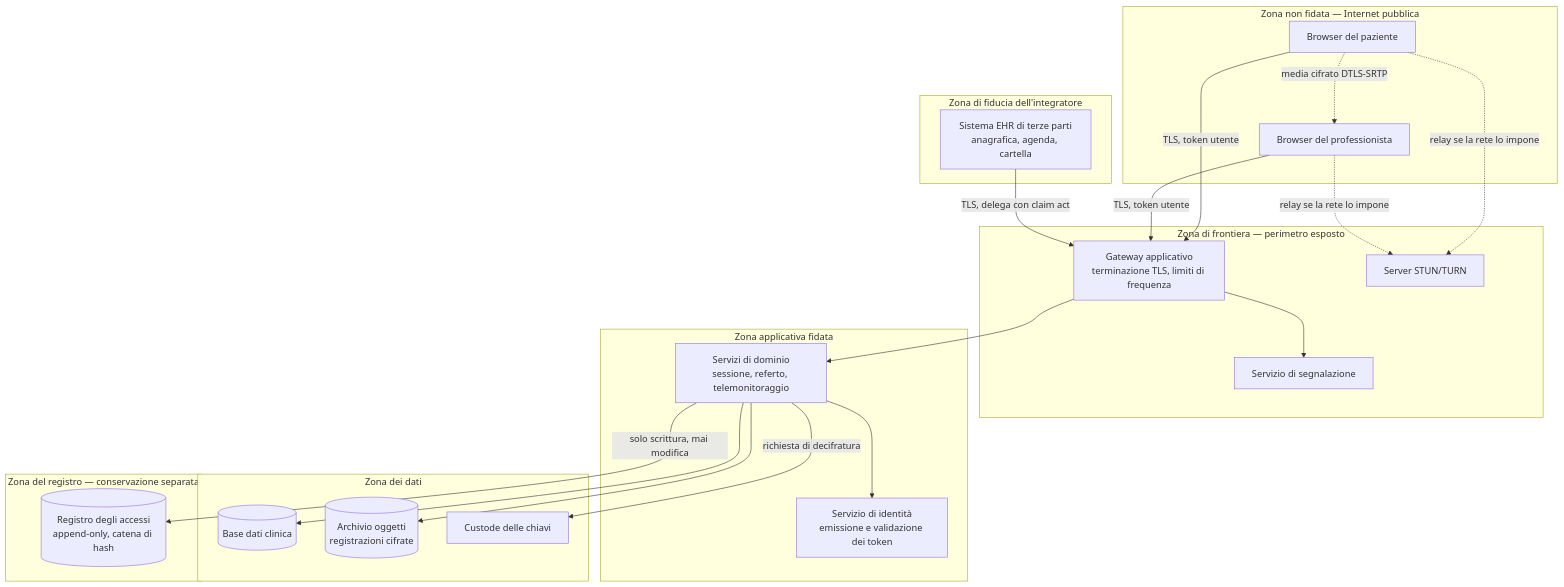
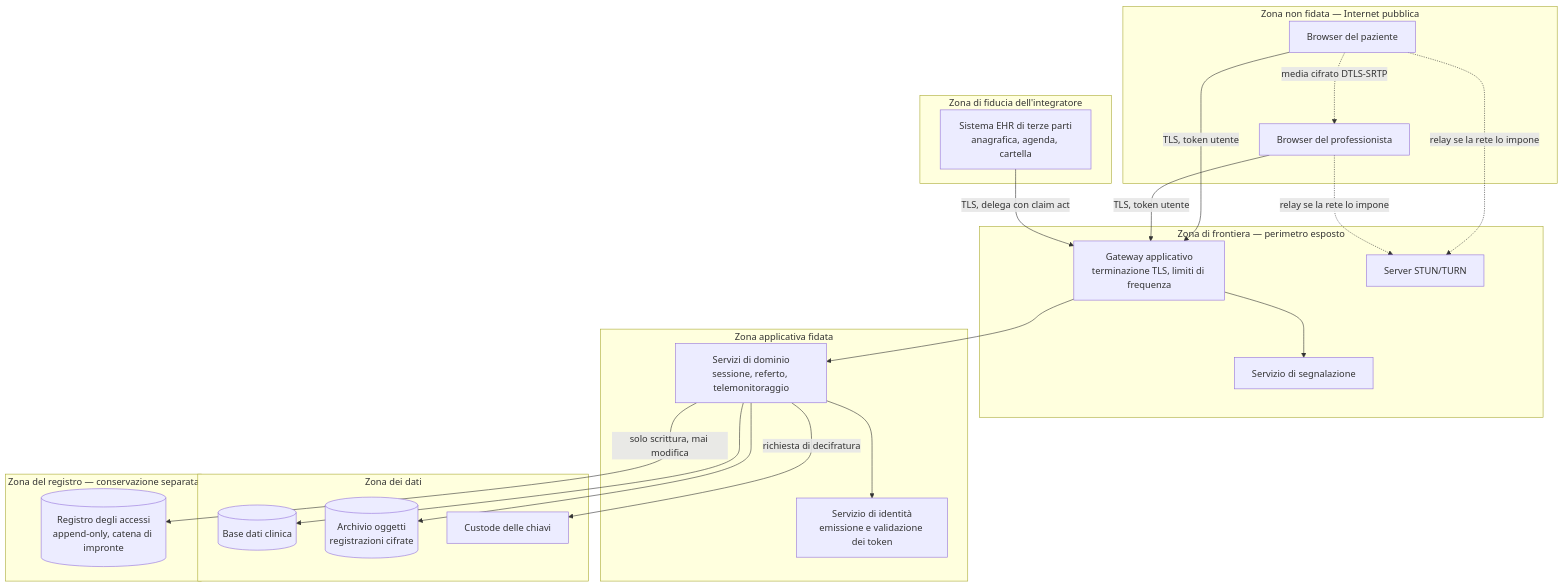
Before and after one commit to fedcal/Telemedic: the first of 5 diagrams in docs/10_fondamenti/12-crittografia-e-sicurezza.md, drawn with Mermaid. The commit also changed other lines of this file and 58 other files, not shown here.

First line of the commit message:
docs: glossario, roadmap sotto D53, conformità allineata, inglese su due aree

````diff
--- a/docs/10_fondamenti/12-crittografia-e-sicurezza.md
+++ b/docs/10_fondamenti/12-crittografia-e-sicurezza.md
@@ -495,46 +495,46 @@
 ```mermaid
 flowchart TB
     subgraph EXT["Zona non fidata — Internet pubblica"]
         PZ["Browser del paziente"]
         PR["Browser del professionista"]
     end
 
     subgraph PART["Zona di fiducia dell'integratore"]
         EHR["Sistema EHR di terze parti<br/>anagrafica, agenda, cartella"]
     end
 
     subgraph EDGE["Zona di frontiera — perimetro esposto"]
         GW["Gateway applicativo<br/>terminazione TLS, limiti di frequenza"]
         SIG["Servizio di segnalazione"]
         TURN["Server STUN/TURN"]
     end
 
     subgraph CORE["Zona applicativa fidata"]
         APP["Servizi di dominio<br/>sessione, referto, telemonitoraggio"]
         IAM["Servizio di identità<br/>emissione e validazione dei token"]
     end
 
     subgraph DATA["Zona dei dati"]
         DB[("Base dati clinica")]
         OBJ[("Archivio oggetti<br/>registrazioni cifrate")]
         KMS["Custode delle chiavi"]
     end
 
     subgraph AUDIT["Zona del registro — conservazione separata"]
-        LOG[("Registro degli accessi<br/>append-only, catena di hash")]
+        LOG[("Registro degli accessi<br/>append-only, catena di impronte")]
     end
 
     PZ -- "TLS, token utente" --> GW
     PR -- "TLS, token utente" --> GW
     EHR -- "TLS, delega con claim act" --> GW
     GW --> SIG
     GW --> APP
     APP --> IAM
     APP --> DB
     APP --> OBJ
     APP -- "richiesta di decifratura" --> KMS
     APP -- "solo scrittura, mai modifica" --> LOG
     PZ -. "media cifrato DTLS-SRTP" .-> PR
     PZ -. "relay se la rete lo impone" .-> TURN
     PR -. "relay se la rete lo impone" .-> TURN
 ```
````
